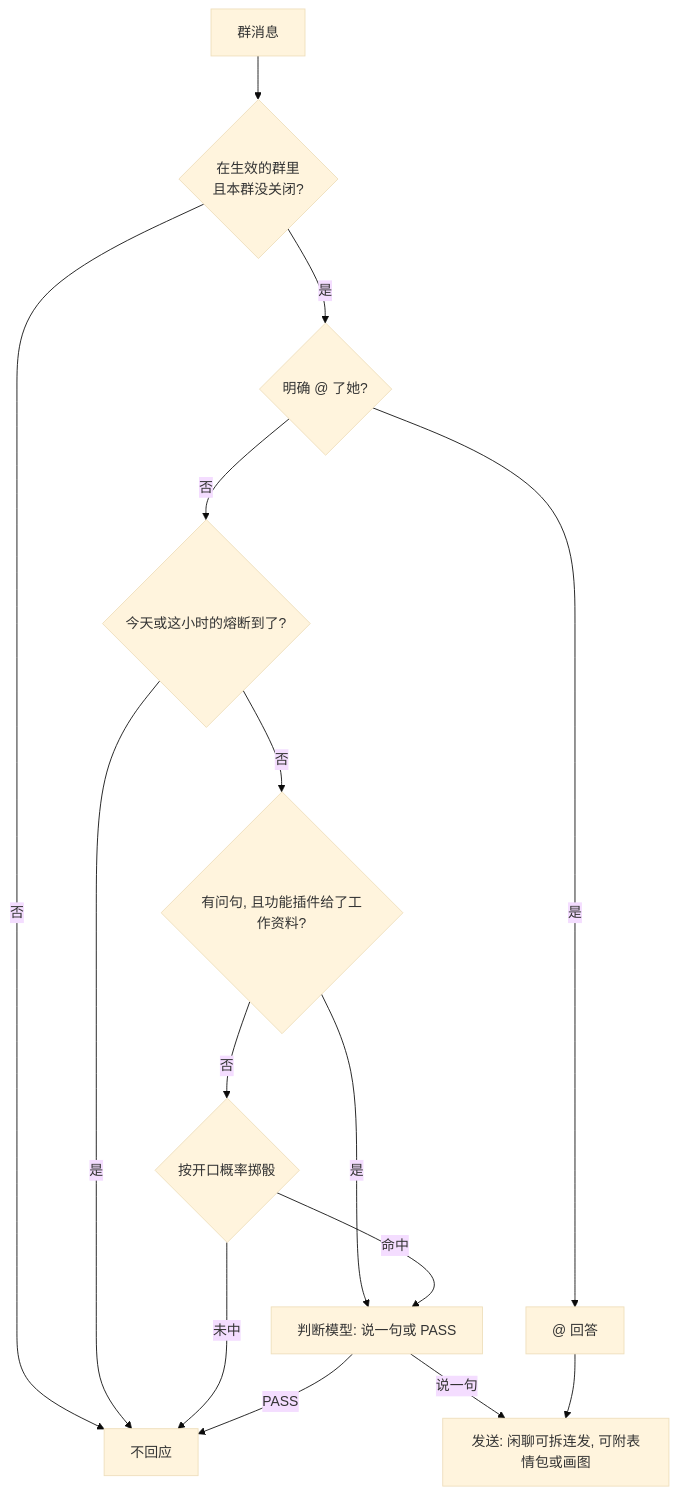
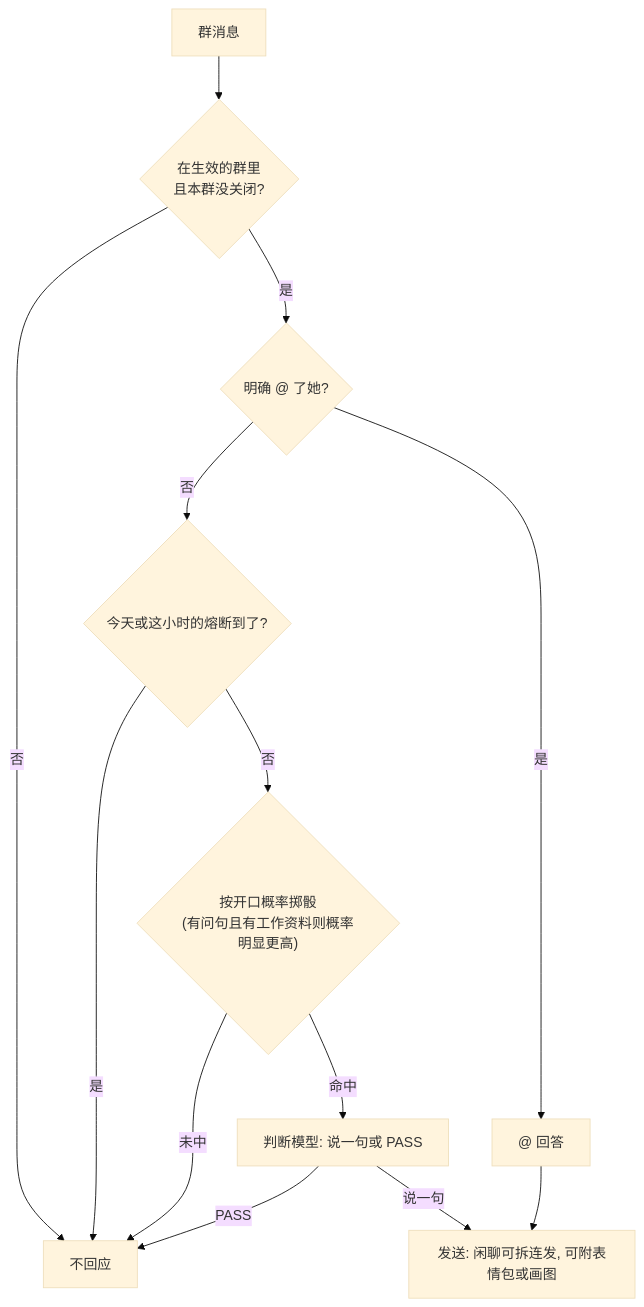
Before and after one commit to DawnJson/astrbot_plugin_innerlife: the diagram in README.md, drawn with Mermaid (base theme). The commit also changed other lines of this file and 13 other files, not shown here.

````diff
--- a/README.md
+++ b/README.md
@@ -37,17 +37,15 @@
 ```mermaid
 flowchart TD
     M["群消息"] --> S{"在生效的群里<br/>且本群没关闭?"}
     S -- 否 --> X["不回应"]
     S -- 是 --> A{"明确 @ 了她?"}
     A -- 是 --> R["@ 回答"]
     A -- 否 --> F{"今天或这小时的熔断到了?"}
     F -- 是 --> X
-    F -- 否 --> W{"有问句, 且功能插件给了工作资料?"}
-    W -- 是 --> J["判断模型: 说一句或 PASS"]
-    W -- 否 --> D{"按开口概率掷骰"}
+    F -- 否 --> D{"按开口概率掷骰<br/>(有问句且有工作资料则概率明显更高)"}
     D -- 未中 --> X
-    D -- 命中 --> J
+    D -- 命中 --> J["判断模型: 说一句或 PASS"]
     J -- PASS --> X
     J -- 说一句 --> O["发送: 闲聊可拆连发, 可附表情包或画图"]
     R --> O
 ```
````
